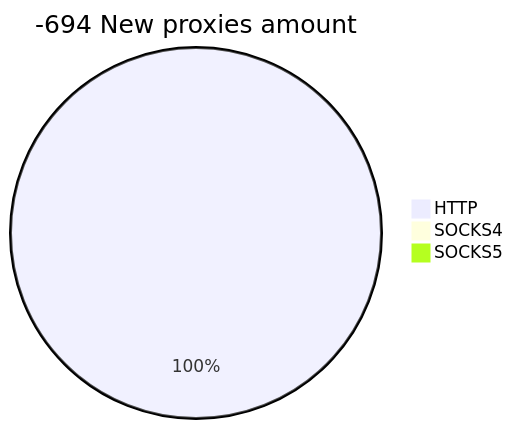
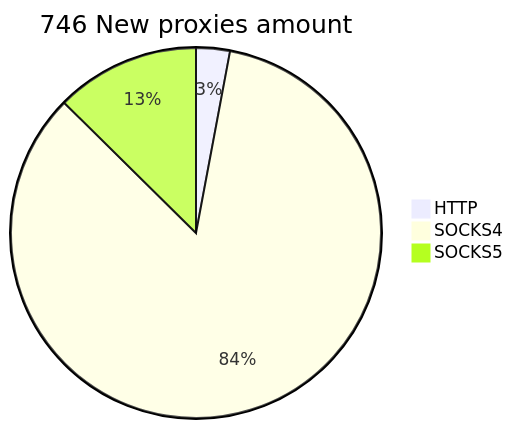
One commit to cutipu/proxylist changed the second of 2 diagrams in README.md. Above: the diagram before and after it, drawn with Mermaid. The commit also changed other lines of this file, not shown here.

````diff
--- a/README.md
+++ b/README.md
@@ -10,6 +10,6 @@
 ```mermaid
-pie title -694 New proxies amount
-    "HTTP" : 37
-    "SOCKS4" : 0
-    "SOCKS5" : 0
+pie title 746 New proxies amount
+    "HTTP" : 22
+    "SOCKS4" : 630
+    "SOCKS5" : 94
 ```
````
